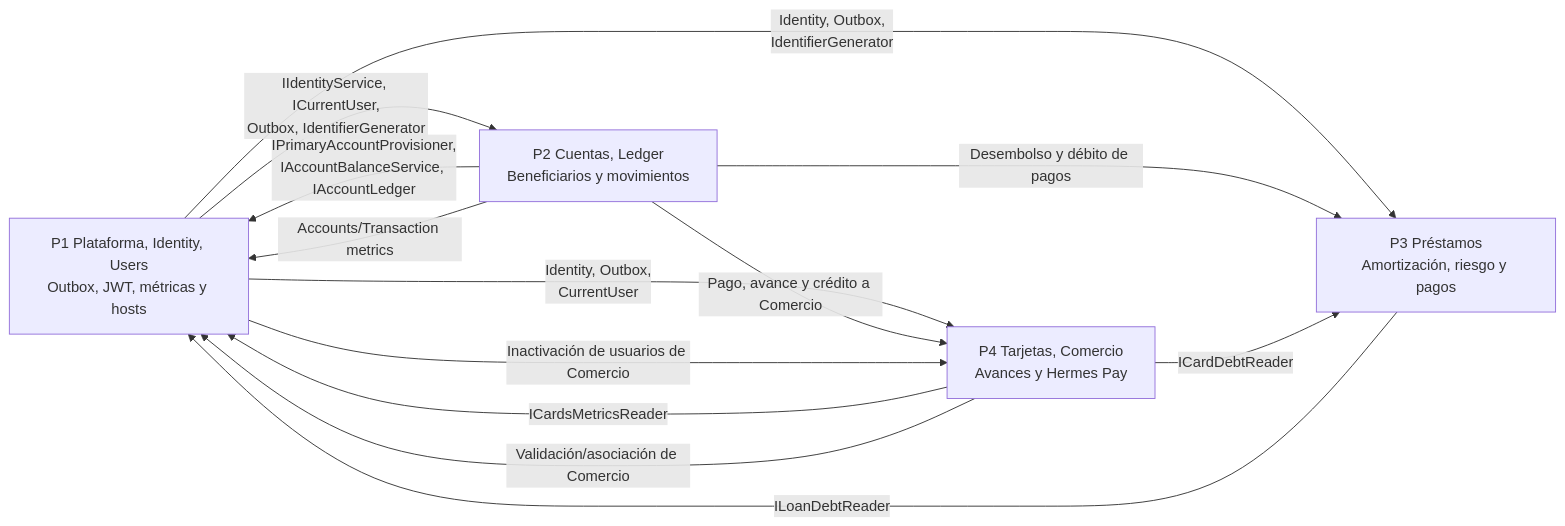
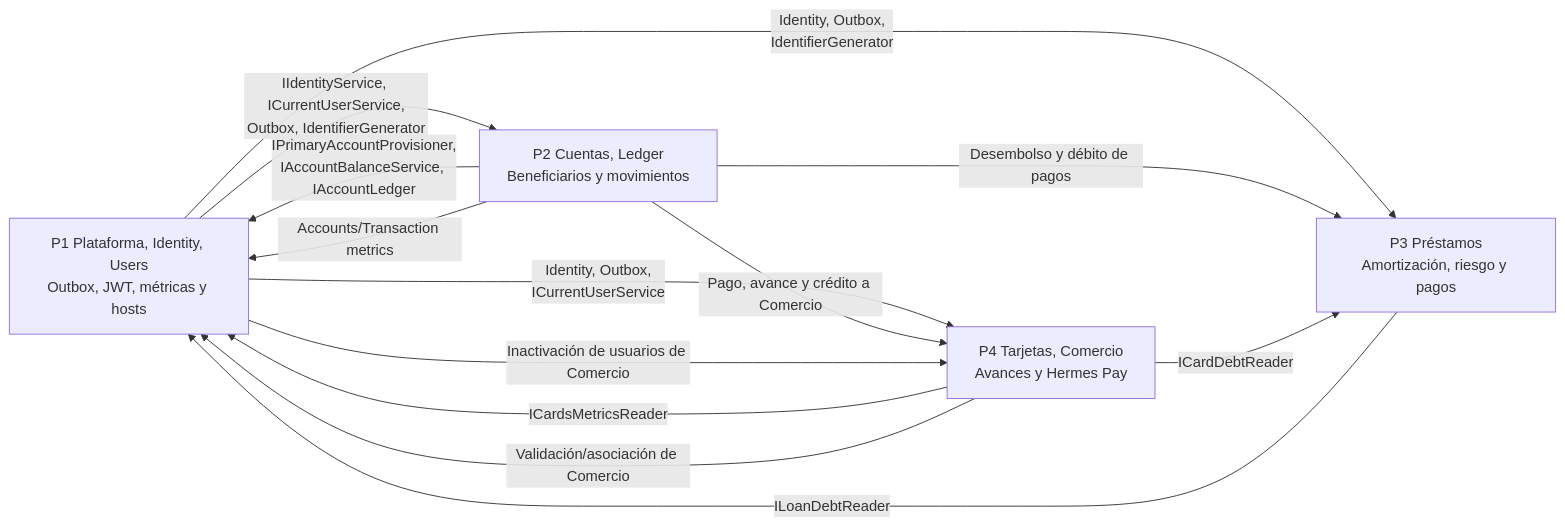
The diagram in ABP_Technical_Work_Distribution_Plan.md (GabrielAlcequiez/Artemis-Banking-Pro), drawn with Mermaid before and after one commit. The commit also changed other lines of this file, not shown here.

Commit message:
docs: update technical work distribution plan with service/CQRS guidelines and technical decisions

````diff
--- a/ABP_Technical_Work_Distribution_Plan.md
+++ b/ABP_Technical_Work_Distribution_Plan.md
@@ -919,23 +934,23 @@
 ```mermaid
 flowchart LR
     P1["P1 Plataforma, Identity, Users<br/>Outbox, JWT, métricas y hosts"]
     P2["P2 Cuentas, Ledger<br/>Beneficiarios y movimientos"]
     P3["P3 Préstamos<br/>Amortización, riesgo y pagos"]
     P4["P4 Tarjetas, Comercio<br/>Avances y Hermes Pay"]
 
-    P1 -->|"IIdentityService, ICurrentUser,<br/>Outbox, IdentifierGenerator"| P2
+    P1 -->|"IIdentityService, ICurrentUserService,<br/>Outbox, IdentifierGenerator"| P2
     P1 -->|"Identity, Outbox,<br/>IdentifierGenerator"| P3
-    P1 -->|"Identity, Outbox,<br/>CurrentUser"| P4
+    P1 -->|"Identity, Outbox,<br/>ICurrentUserService"| P4
 
     P2 -->|"IPrimaryAccountProvisioner,<br/>IAccountBalanceService, IAccountLedger"| P1
     P2 -->|"Desembolso y débito de pagos"| P3
     P2 -->|"Pago, avance y crédito a Comercio"| P4
 
     P4 -->|"ICardDebtReader"| P3
     P3 -->|"ILoanDebtReader"| P1
     P4 -->|"ICardsMetricsReader"| P1
     P2 -->|"Accounts/Transaction metrics"| P1
 
     P4 -->|"Validación/asociación de Comercio"| P1
     P1 -->|"Inactivación de usuarios de Comercio"| P4
 ```
````
